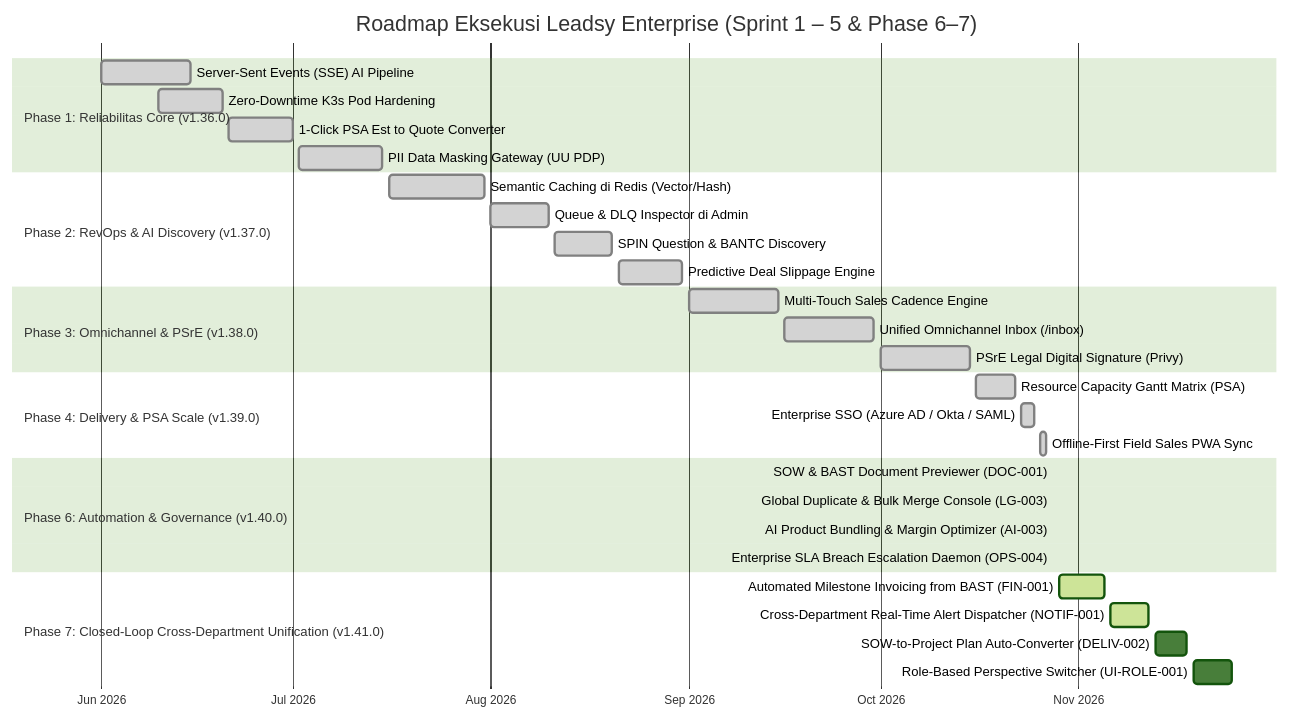
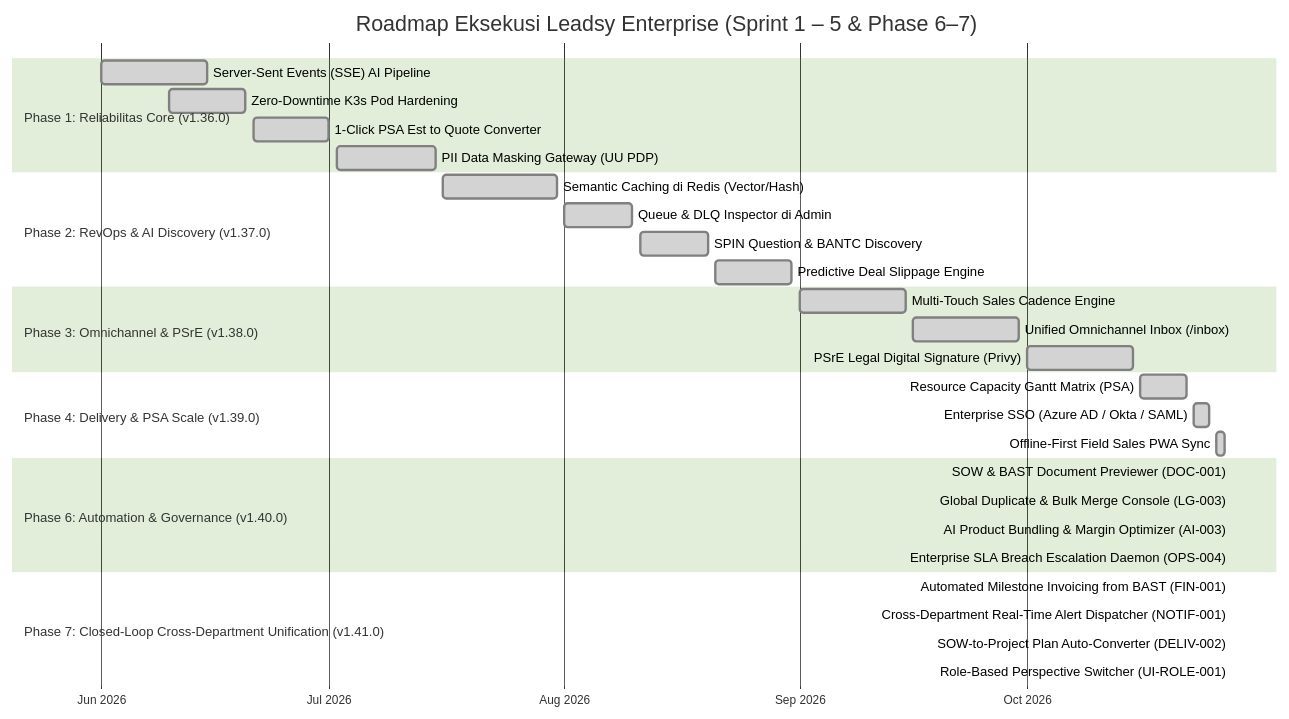
One commit to kodratsantoso/Leadsy changed the diagram in docs/strategy/enterprise-execution-roadmap-sprint-1-to-4.md. Above: the diagram before and after it, drawn with Mermaid (forest theme). The commit also changed other lines of this file and 21 other files, not shown here.

Commit message:
release(v1.41.0): closed-loop cross-department unification (bast-to-invoice, alert dispatcher, sow project plan converter, and role perspective switcher)

````diff
--- a/docs/strategy/enterprise-execution-roadmap-sprint-1-to-4.md
+++ b/docs/strategy/enterprise-execution-roadmap-sprint-1-to-4.md
@@ -19,40 +19,40 @@
 ```mermaid
 gantt
     title Roadmap Eksekusi Leadsy Enterprise (Sprint 1 – 5 & Phase 6–7)
     dateFormat  YYYY-MM-DD
     axisFormat  %b %Y
 
     section Phase 1: Reliabilitas Core (v1.36.0)
     Server-Sent Events (SSE) AI Pipeline     :done, p1_1, 2026-06-01, 2026-06-15
     Zero-Downtime K3s Pod Hardening         :done, p1_2, 2026-06-10, 2026-06-20
     1-Click PSA Est to Quote Converter       :done, p1_3, 2026-06-21, 2026-07-01
     PII Data Masking Gateway (UU PDP)       :done, p1_4, 2026-07-02, 2026-07-15
 
     section Phase 2: RevOps & AI Discovery (v1.37.0)
     Semantic Caching di Redis (Vector/Hash)  :done, p2_1, 2026-07-16, 2026-07-31
     Queue & DLQ Inspector di Admin           :done, p2_2, 2026-08-01, 2026-08-10
     SPIN Question & BANTC Discovery          :done, p2_3, 2026-08-11, 2026-08-20
     Predictive Deal Slippage Engine          :done, p2_4, 2026-08-21, 2026-08-31
 
     section Phase 3: Omnichannel & PSrE (v1.38.0)
     Multi-Touch Sales Cadence Engine        :done, p3_1, 2026-09-01, 2026-09-15
     Unified Omnichannel Inbox (/inbox)       :done, p3_2, 2026-09-16, 2026-09-30
     PSrE Legal Digital Signature (Privy)     :done, p3_3, 2026-10-01, 2026-10-15
 
     section Phase 4: Delivery & PSA Scale (v1.39.0)
     Resource Capacity Gantt Matrix (PSA)     :done, p4_1, 2026-10-16, 2026-10-22
     Enterprise SSO (Azure AD / Okta / SAML)  :done, p4_2, 2026-10-23, 2026-10-25
     Offline-First Field Sales PWA Sync       :done, p4_3, 2026-10-26, 2026-10-27
 
     section Phase 6: Automation & Governance (v1.40.0)
     SOW & BAST Document Previewer (DOC-001)       :done, p6_1, 2026-10-28, 2026-10-28
     Global Duplicate & Bulk Merge Console (LG-003):done, p6_2, 2026-10-28, 2026-10-28
     AI Product Bundling & Margin Optimizer (AI-003):done, p6_3, 2026-10-28, 2026-10-28
     Enterprise SLA Breach Escalation Daemon (OPS-004):done, p6_4, 2026-10-28, 2026-10-28
 
     section Phase 7: Closed-Loop Cross-Department Unification (v1.41.0)
-    Automated Milestone Invoicing from BAST (FIN-001):active, p7_1, 2026-10-29, 2026-11-05
-    Cross-Department Real-Time Alert Dispatcher (NOTIF-001):active, p7_2, 2026-11-06, 2026-11-12
-    SOW-to-Project Plan Auto-Converter (DELIV-002)   :p7_3, 2026-11-13, 2026-11-18
-    Role-Based Perspective Switcher (UI-ROLE-001)    :p7_4, 2026-11-19, 2026-11-25
+    Automated Milestone Invoicing from BAST (FIN-001):done, p7_1, 2026-10-28, 2026-10-28
+    Cross-Department Real-Time Alert Dispatcher (NOTIF-001):done, p7_2, 2026-10-28, 2026-10-28
+    SOW-to-Project Plan Auto-Converter (DELIV-002)   :done, p7_3, 2026-10-28, 2026-10-28
+    Role-Based Perspective Switcher (UI-ROLE-001)    :done, p7_4, 2026-10-28, 2026-10-28
 ```
````
